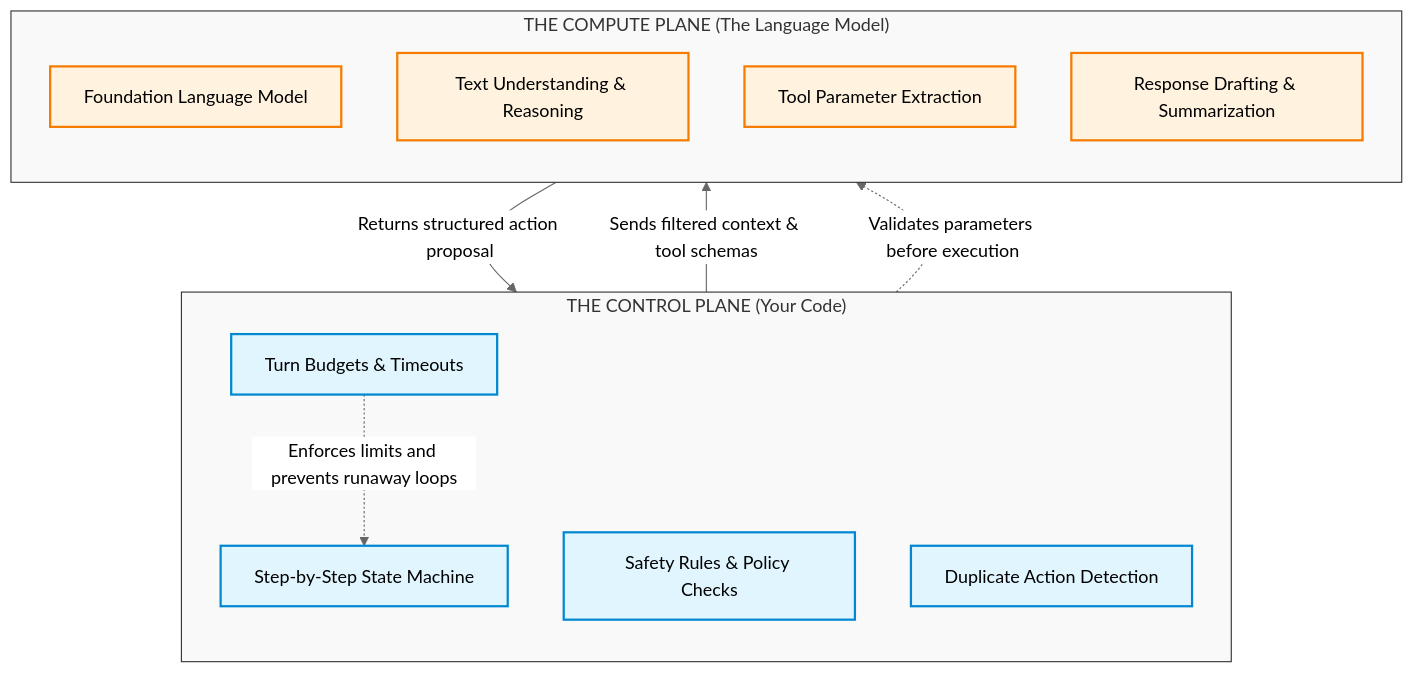
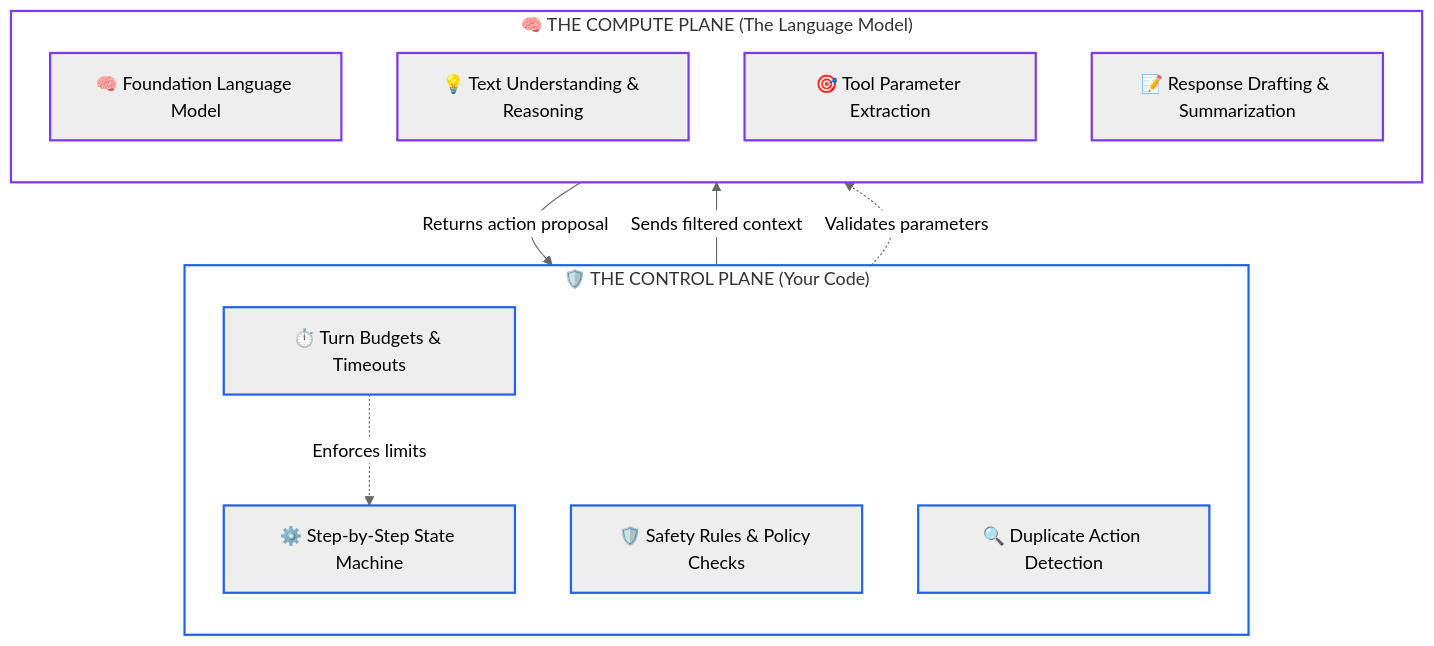
Before and after one commit to dip4k/senior-engineer-to-ai-engineer-roadmap: the first of 9 diagrams in 04-agentic-systems-and-orchestration/01-workflows-vs-agents-and-orchestration-patterns.md, drawn with Mermaid (neutral theme). The commit also changed other lines of this file and 94 other files, not shown here.

Commit message:
refactor(curriculum): complete Phase 04 upgrade and enforce diagram renderer invariants

````diff
--- a/04-agentic-systems-and-orchestration/01-workflows-vs-agents-and-orchestration-patterns.md
+++ b/04-agentic-systems-and-orchestration/01-workflows-vs-agents-and-orchestration-patterns.md
@@ -31,29 +27,34 @@
 ```mermaid
 flowchart TD
-    classDef plane fill:#f9f9f9,stroke:#333,stroke-width:1px;
-    classDef control fill:#e1f5fe,stroke:#0288d1,stroke-width:2px;
-    classDef compute fill:#fff3e0,stroke:#f57c00,stroke-width:2px;
-
-    subgraph ControlPlane["THE CONTROL PLANE (Your Code)"]
+    subgraph ControlPlane["🛡️ THE CONTROL PLANE (Your Code)"]
         direction TB
-        CP1["Step-by-Step State Machine"]:::control
-        CP2["Safety Rules & Policy Checks"]:::control
-        CP3["Turn Budgets & Timeouts"]:::control
-        CP4["Duplicate Action Detection"]:::control
+        CP1["⚙️ Step-by-Step State Machine"]
+        CP2["🛡️ Safety Rules & Policy Checks"]
+        CP3["⏱️ Turn Budgets & Timeouts"]
+        CP4["🔍 Duplicate Action Detection"]
     end
 
-    subgraph ComputePlane["THE COMPUTE PLANE (The Language Model)"]
+    subgraph ComputePlane["🧠 THE COMPUTE PLANE (The Language Model)"]
         direction TB
-        CMP1["Foundation Language Model"]:::compute
-        CMP2["Text Understanding & Reasoning"]:::compute
-        CMP3["Tool Parameter Extraction"]:::compute
-        CMP4["Response Drafting & Summarization"]:::compute
+        CMP1["🧠 Foundation Language Model"]
+        CMP2["💡 Text Understanding & Reasoning"]
+        CMP3["🎯 Tool Parameter Extraction"]
+        CMP4["📝 Response Drafting & Summarization"]
     end
 
-    CP1 -->|"Sends filtered context & tool schemas"| CMP1
-    CMP1 -->|"Returns structured action proposal"| CP1
-    CP2 -.->|"Validates parameters before execution"| CMP3
-    CP3 -.->|"Enforces limits and prevents runaway loops"| CP1
+    CP1 -->|"Sends filtered context"| CMP1
+    CMP1 -->|"Returns action proposal"| CP1
+    CP2 -.->|"Validates parameters"| CMP3
+    CP3 -.->|"Enforces limits"| CP1
 
-    class ControlPlane,ComputePlane plane;
+    style ControlPlane fill:none,stroke:#2563eb,stroke-width:2px
+    style ComputePlane fill:none,stroke:#7c3aed,stroke-width:2px
+    style CP1 stroke:#2563eb,stroke-width:2px
+    style CP2 stroke:#2563eb,stroke-width:2px
+    style CP3 stroke:#2563eb,stroke-width:2px
+    style CP4 stroke:#2563eb,stroke-width:2px
+    style CMP1 stroke:#7c3aed,stroke-width:2px
+    style CMP2 stroke:#7c3aed,stroke-width:2px
+    style CMP3 stroke:#7c3aed,stroke-width:2px
+    style CMP4 stroke:#7c3aed,stroke-width:2px
 ```
````
